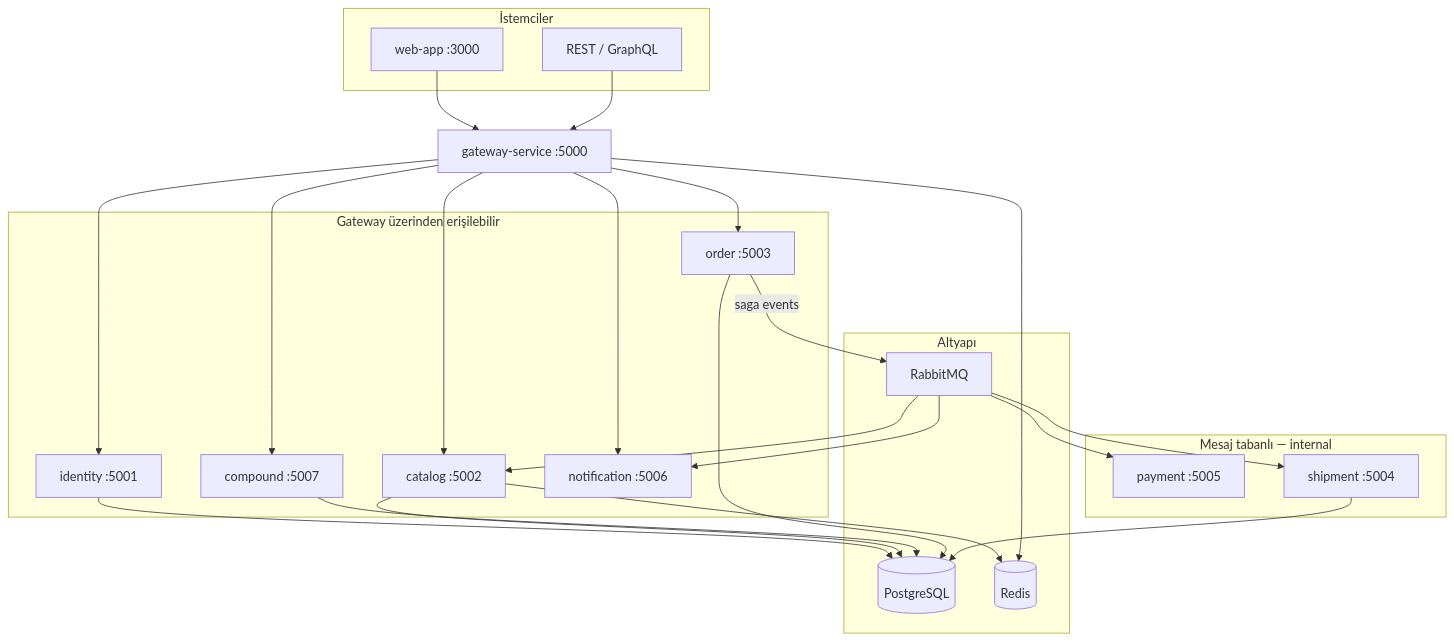
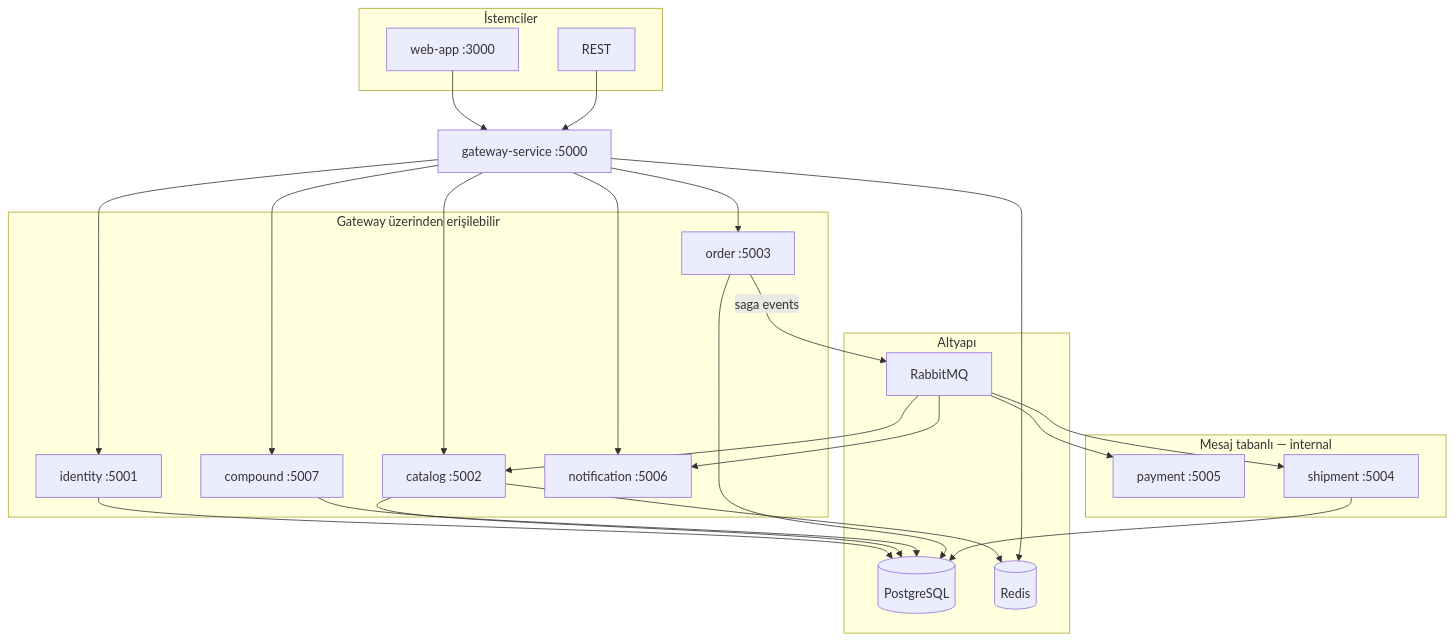
Before and after one commit to MihrimatriX/element-api: the diagram in README.md, drawn with Mermaid. The commit also changed other lines of this file and 112 other files, not shown here.

Commit message:
Refactor catalog-service by removing gRPC support and related files, updating README to reflect REST API changes, and enhancing local development instructions. Remove unused Docker configurations and streamline service dependencies for improved clarity and maintainability.

````diff
--- a/README.md
+++ b/README.md
@@ -95,36 +95,36 @@
 ```mermaid
 flowchart TB
     subgraph clients [İstemciler]
         Web[web-app :3000]
-        API[REST / GraphQL]
+        API[REST]
     end
 
     GW[gateway-service :5000]
 
     subgraph public [Gateway üzerinden erişilebilir]
         ID[identity :5001]
         CAT[catalog :5002]
         CMP[compound :5007]
         ORD[order :5003]
         NOT[notification :5006]
     end
 
     subgraph internal [Mesaj tabanlı — internal]
         PAY[payment :5005]
         SHP[shipment :5004]
     end
 
     subgraph infra [Altyapı]
         PG[(PostgreSQL)]
         RD[(Redis)]
         MQ[RabbitMQ]
     end
 
     Web --> GW
     API --> GW
     GW --> ID & CAT & CMP & ORD & NOT
     ORD -->|saga events| MQ
     MQ --> PAY & SHP & CAT & NOT
     ID & CAT & CMP & ORD & SHP --> PG
     CAT & GW --> RD
 ```
````
